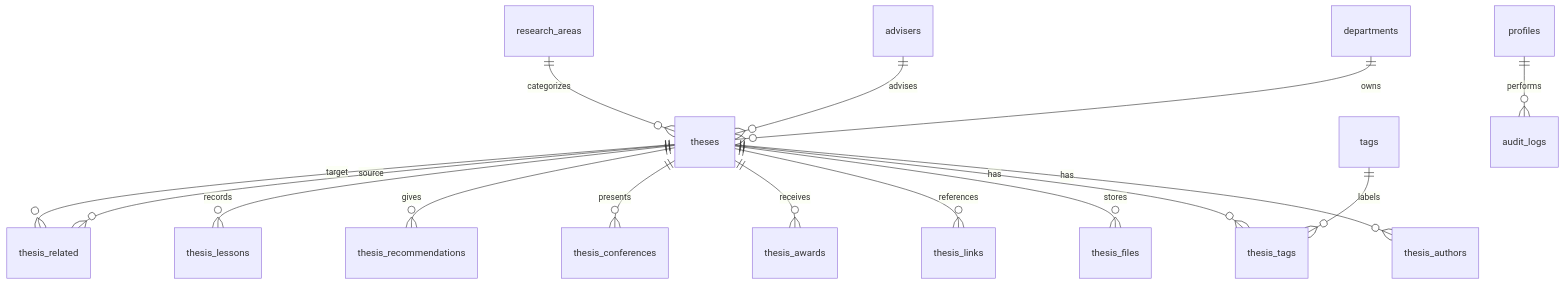
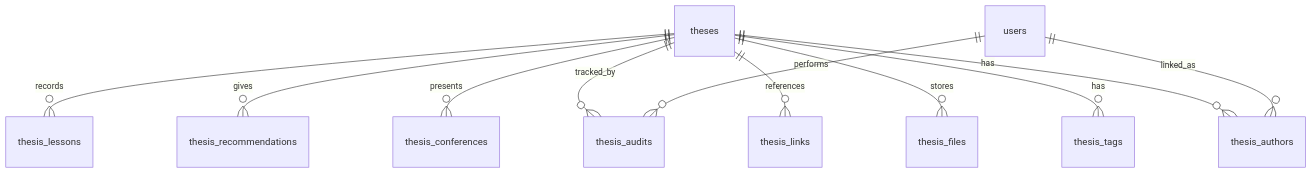
One commit to peaceyyy/Alexandria---DCISM-Research-Repository changed the diagram in docs/database-engineer-reference.md. Above: the diagram before and after it, drawn with Mermaid. The commit also changed other lines of this file and 3 other files, not shown here.

Commit message:
docs: add technical documentation, API contracts, and database schema updates for project reference

````diff
--- a/docs/database-engineer-reference.md
+++ b/docs/database-engineer-reference.md
@@ -69,18 +73,13 @@
 ```mermaid
 erDiagram
-  departments ||--o{ theses : owns
-  advisers ||--o{ theses : advises
   theses ||--o{ thesis_authors : has
+  users ||--o{ thesis_authors : linked_as
   theses ||--o{ thesis_tags : has
-  tags ||--o{ thesis_tags : labels
-  research_areas ||--o{ theses : categorizes
   theses ||--o{ thesis_files : stores
   theses ||--o{ thesis_links : references
-  theses ||--o{ thesis_awards : receives
   theses ||--o{ thesis_conferences : presents
   theses ||--o{ thesis_recommendations : gives
   theses ||--o{ thesis_lessons : records
-  theses ||--o{ thesis_related : source
-  theses ||--o{ thesis_related : target
-  profiles ||--o{ audit_logs : performs
+  theses ||--o{ thesis_audits : tracked_by
+  users ||--o{ thesis_audits : performs
 ```
````
